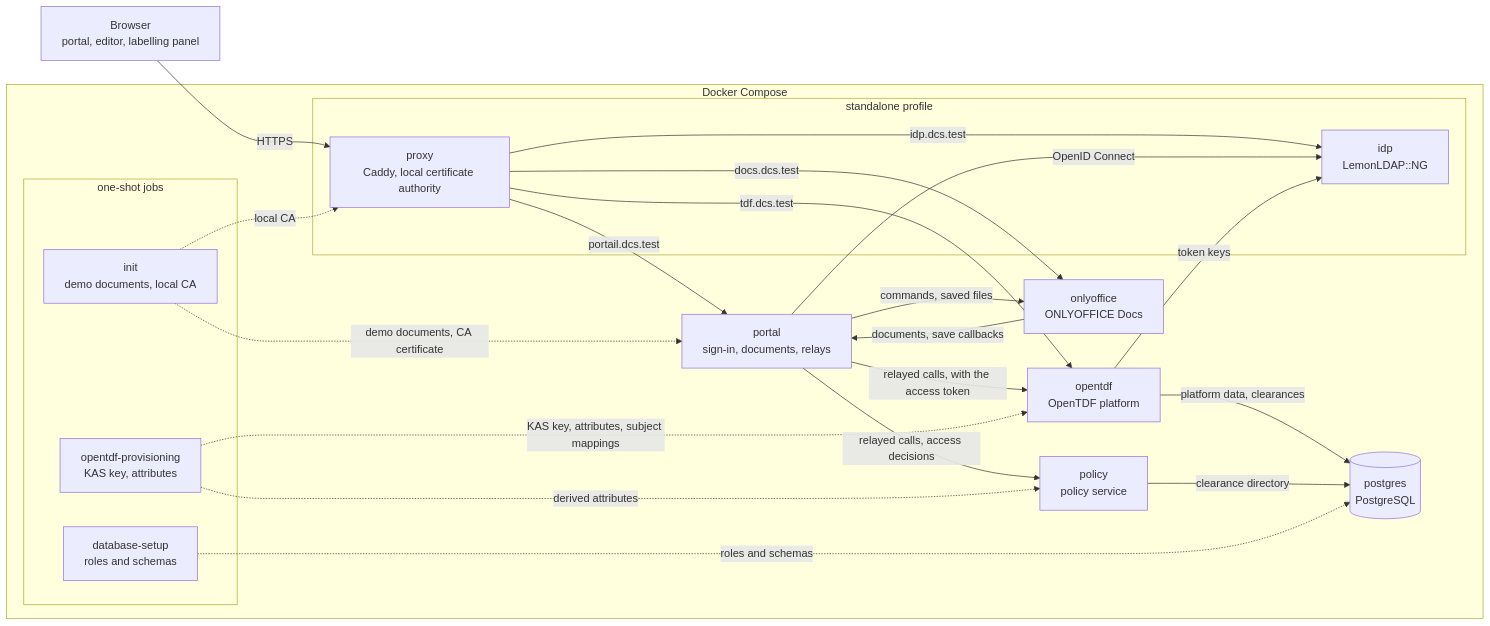
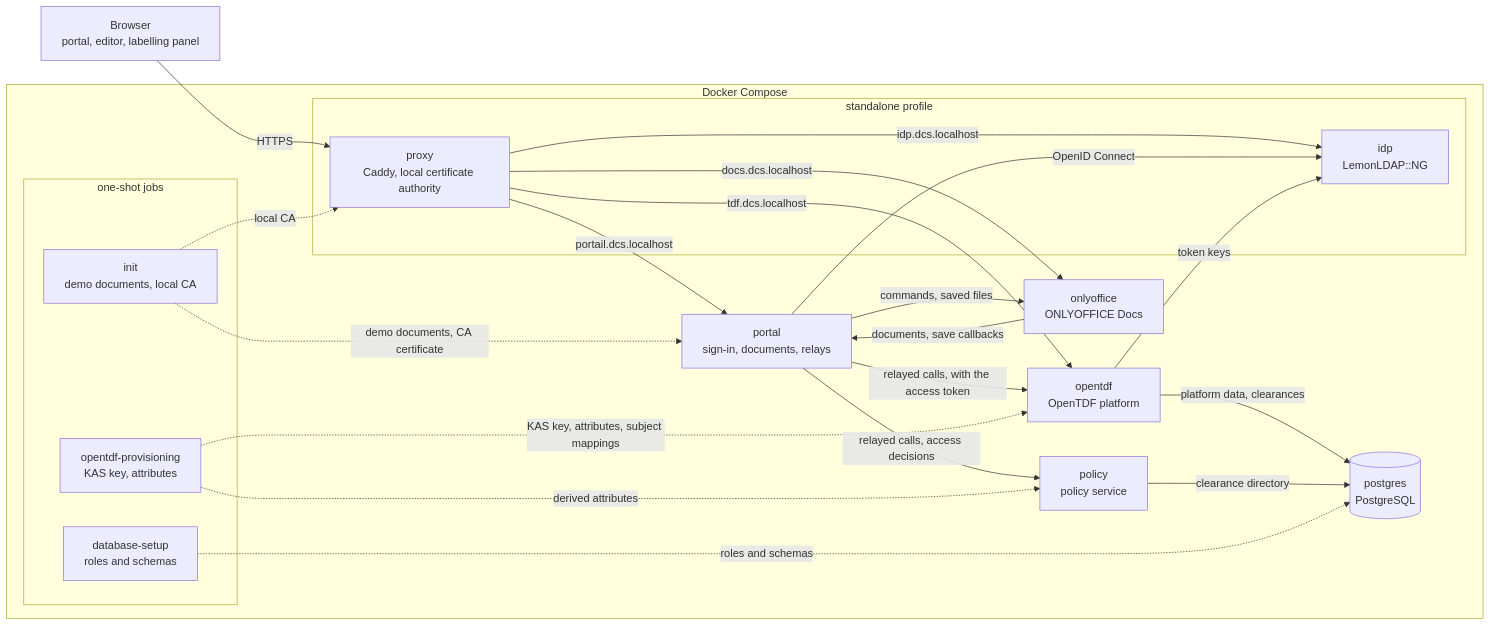
One commit to linagora/dcs-onlyoffice changed the diagram in README.md. Above: the diagram before and after it, drawn with Mermaid. The commit also changed other lines of this file and 1 other file, not shown here.

First line of the commit message:
docs: Start the stack in one command, on dcs.localhost

````diff
--- a/README.md
+++ b/README.md
@@ -125,40 +125,40 @@
 ```mermaid
 flowchart LR
     browser["Browser<br>portal, editor, labelling panel"]
 
     subgraph compose["Docker Compose"]
         subgraph standalone["standalone profile"]
             proxy["proxy<br>Caddy, local certificate authority"]
             idp["idp<br>LemonLDAP::NG"]
         end
         portal["portal<br>sign-in, documents, relays"]
         onlyoffice["onlyoffice<br>ONLYOFFICE Docs"]
         policy["policy<br>policy service"]
         opentdf["opentdf<br>OpenTDF platform"]
         postgres[("postgres<br>PostgreSQL")]
         subgraph jobs["one-shot jobs"]
             initjob["init<br>demo documents, local CA"]
             dbsetup["database-setup<br>roles and schemas"]
             provision["opentdf-provisioning<br>KAS key, attributes"]
         end
     end
 
     browser -->|"HTTPS"| proxy
-    proxy -->|"portail.dcs.test"| portal
-    proxy -->|"docs.dcs.test"| onlyoffice
-    proxy -->|"tdf.dcs.test"| opentdf
-    proxy -->|"idp.dcs.test"| idp
+    proxy -->|"portail.dcs.localhost"| portal
+    proxy -->|"docs.dcs.localhost"| onlyoffice
+    proxy -->|"tdf.dcs.localhost"| opentdf
+    proxy -->|"idp.dcs.localhost"| idp
     portal -->|"relayed calls, access decisions"| policy
     portal -->|"relayed calls, with the access token"| opentdf
     portal -->|"commands, saved files"| onlyoffice
     onlyoffice -->|"documents, save callbacks"| portal
     portal -->|"OpenID Connect"| idp
     opentdf -->|"token keys"| idp
     opentdf -->|"platform data, clearances"| postgres
     policy -->|"clearance directory"| postgres
     initjob -.->|"demo documents, CA certificate"| portal
     initjob -.->|"local CA"| proxy
     dbsetup -.->|"roles and schemas"| postgres
     provision -.->|"derived attributes"| policy
     provision -.->|"KAS key, attributes, subject mappings"| opentdf
 ```
````
